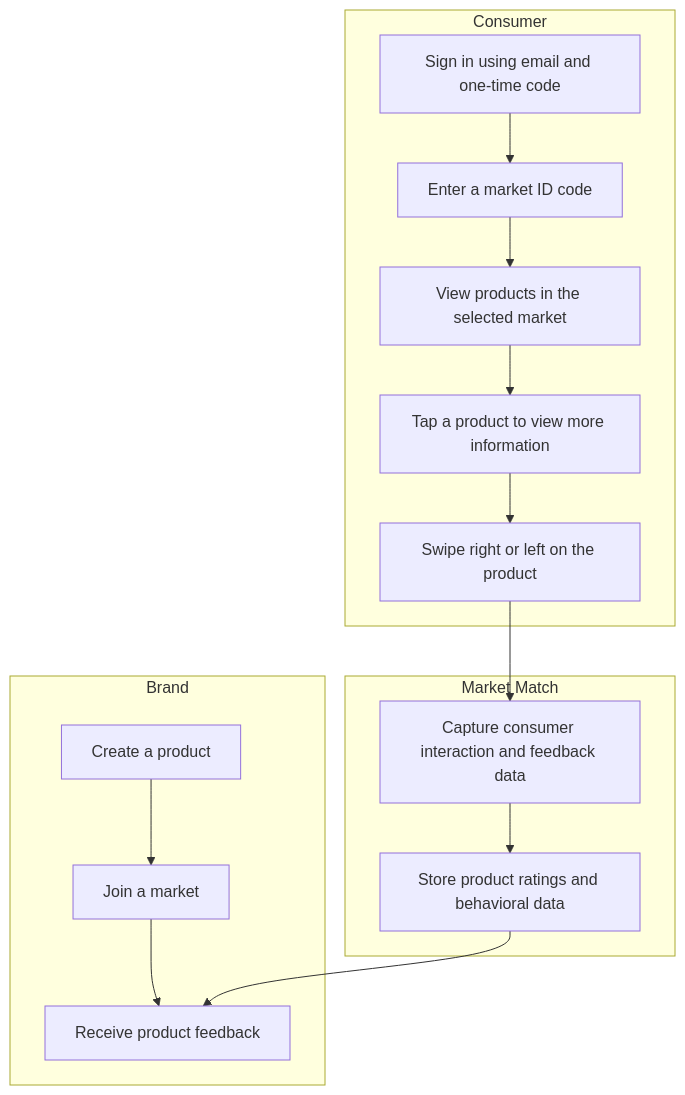
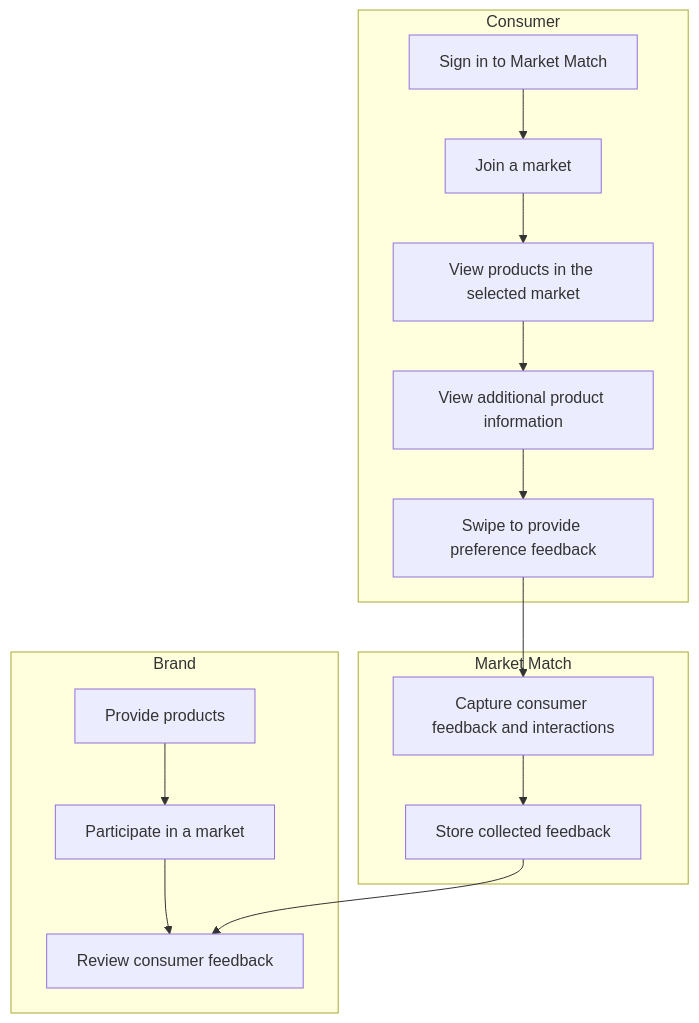
Before and after one commit to gkuchar/cosc-40943-team-11-market-match: the first of 3 diagrams in docs/requirements/vision-and-scope.md, drawn with Mermaid. The commit also changed other lines of this file and 1 other file, not shown here.

````diff
--- a/docs/requirements/vision-and-scope.md
+++ b/docs/requirements/vision-and-scope.md
@@ -97,28 +54,28 @@
 ```mermaid
 flowchart TD
     subgraph Consumer
-        A[Sign in using email and one-time code]
-        B[Enter a market ID code]
+        A[Sign in to Market Match]
+        B[Join a market]
         C[View products in the selected market]
-        D[Tap a product to view more information]
-        E[Swipe right or left on the product]
+        D[View additional product information]
+        E[Swipe to provide preference feedback]
         A --> B --> C --> D --> E
     end
 
     subgraph MarketMatch[Market Match]
-        F[Capture consumer interaction and feedback data]
-        G[Store product ratings and behavioral data]
+        F[Capture consumer feedback and interactions]
+        G[Store collected feedback]
         F --> G
     end
 
     subgraph Brand
-        H[Create a product]
-        I[Join a market]
-        J[Receive product feedback]
-        H --> I
-        I --> J
+        H[Provide products]
+        I[Participate in a market]
+        J[Review consumer feedback]
+        H --> I --> J
     end
 
     E --> F
     G --> J
+
 ```
````
